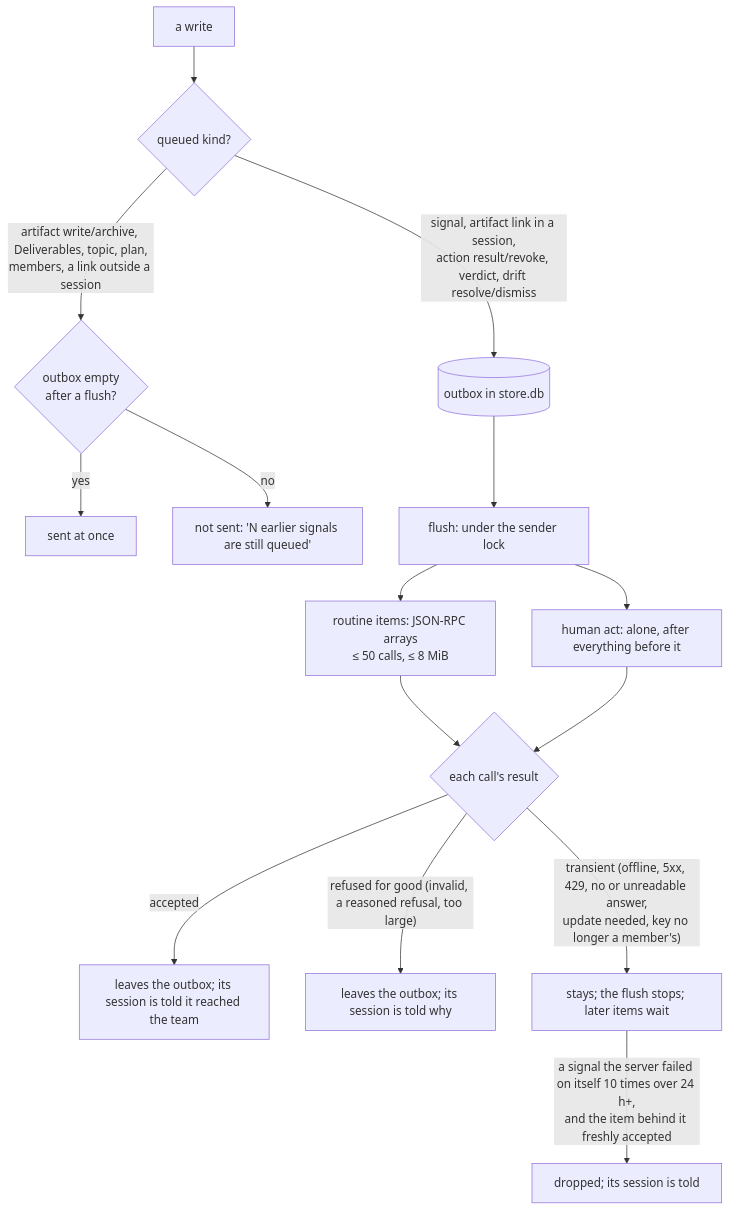
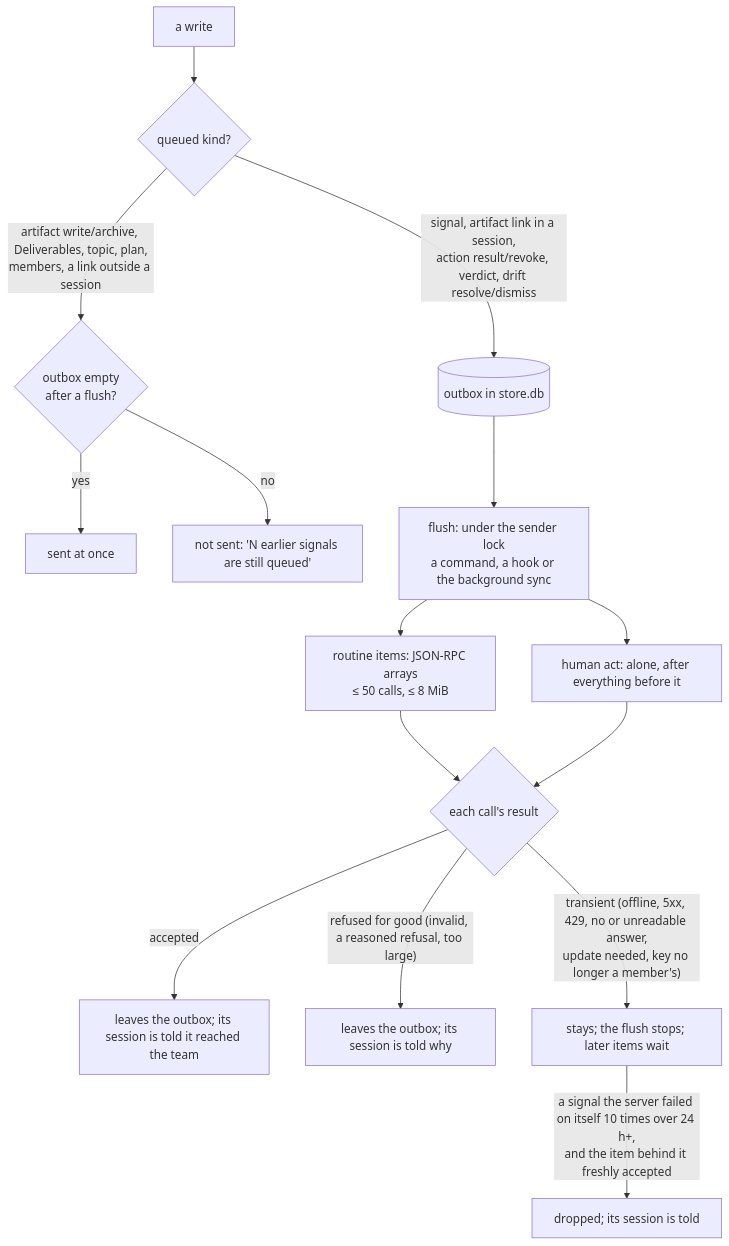
One commit to vutran1710/teamflow-cli changed the second of 2 diagrams in README.md. Above: the diagram before and after it, drawn with Mermaid. The commit also changed other lines of this file, not shown here.

First line of the commit message:
README: the background sync, and its place among the outbox's senders

````diff
--- a/README.md
+++ b/README.md
@@ -194,17 +222,17 @@
 ```mermaid
 flowchart TD
     W[a write] --> Q{queued kind?}
     Q -- "signal, artifact link in a session,<br/>action result/revoke, verdict, drift resolve/dismiss" --> OB[(outbox in store.db)]
     Q -- "artifact write/archive, Deliverables, topic, plan,<br/>members, a link outside a session" --> G{outbox empty<br/>after a flush?}
     G -- yes --> SEND[sent at once]
     G -- no --> NS[not sent: 'N earlier signals are still queued']
-    OB --> F[flush: under the sender lock]
+    OB --> F[flush: under the sender lock<br/>a command, a hook or the background sync]
     F --> B[routine items: JSON-RPC arrays<br/>≤ 50 calls, ≤ 8 MiB]
     F --> H[human act: alone, after everything before it]
     B --> R{each call's result}
     H --> R
     R -- accepted --> D[leaves the outbox; its session is told it reached the team]
     R -- "refused for good (invalid, a reasoned refusal, too large)" --> X[leaves the outbox; its session is told why]
     R -- "transient (offline, 5xx, 429, no or unreadable answer,<br/>update needed, key no longer a member's)" --> STOP[stays; the flush stops; later items wait]
     STOP -- "a signal the server failed on itself 10 times over 24 h+,<br/>and the item behind it freshly accepted" --> GU[dropped; its session is told]
 ```
````
